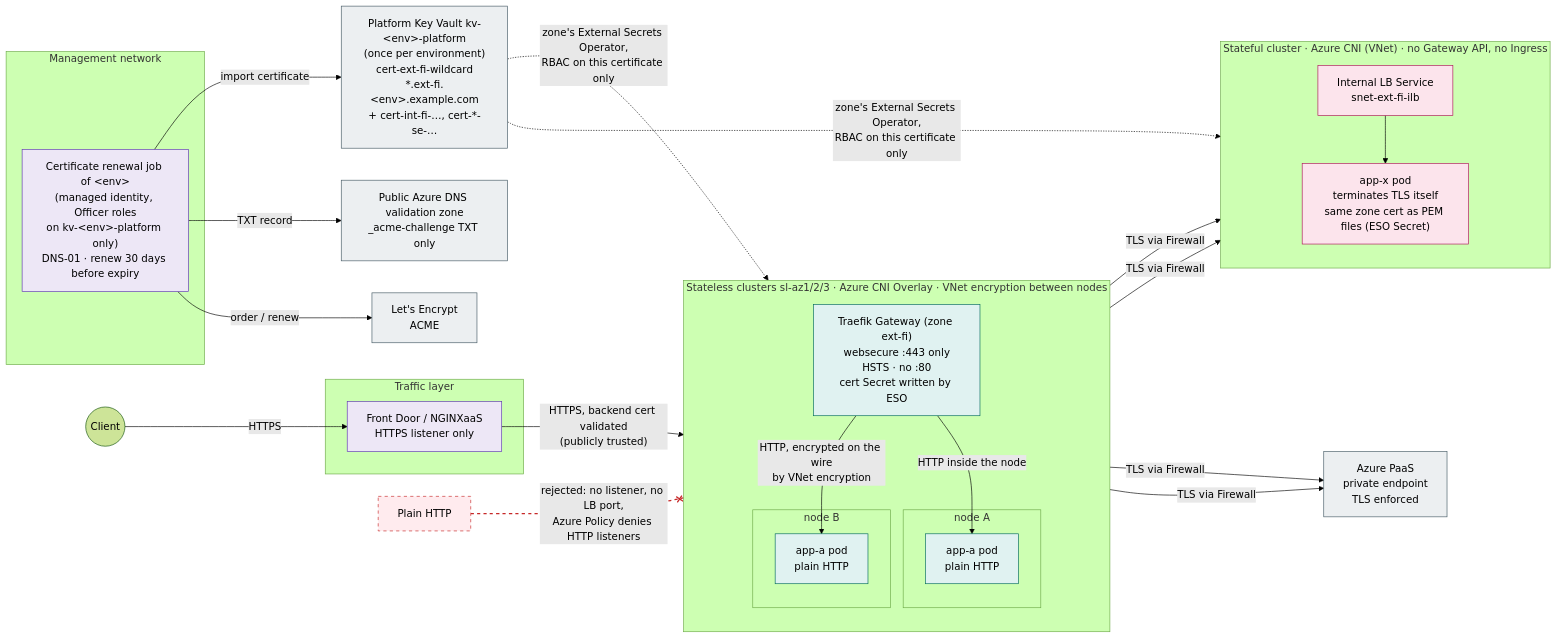
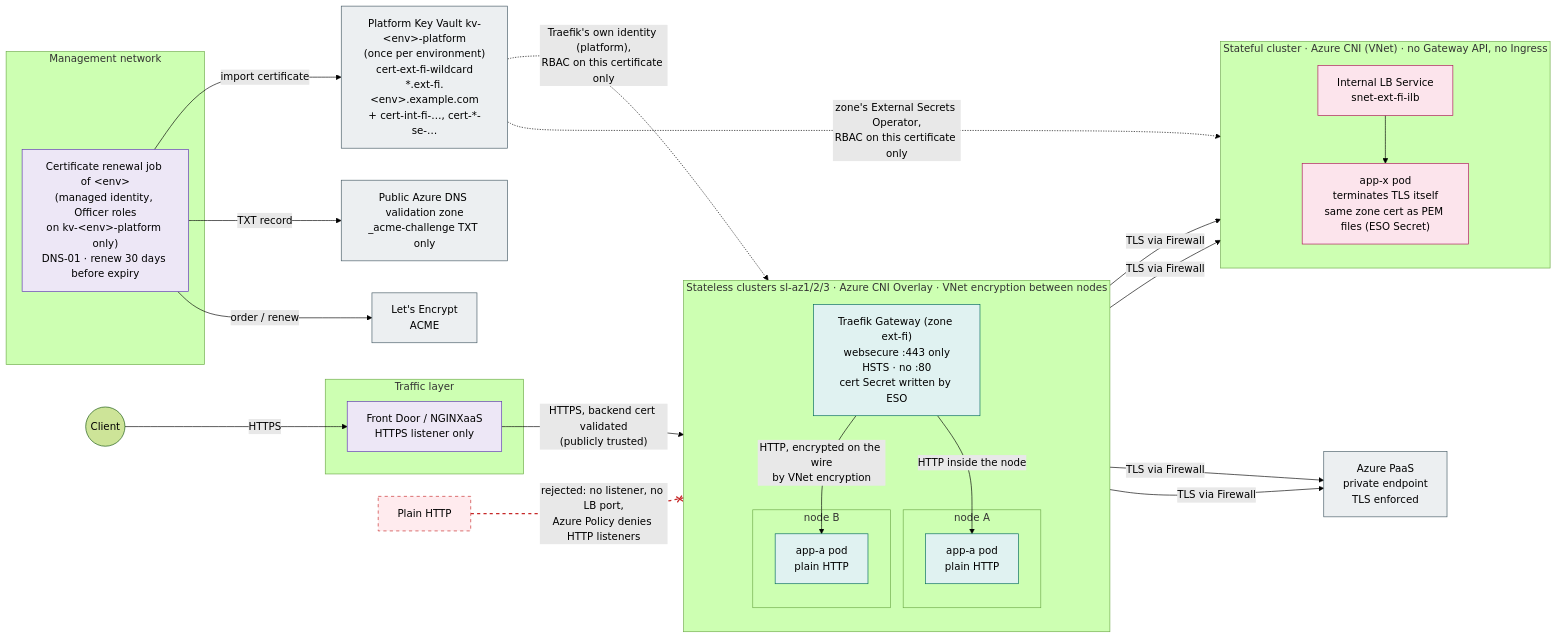
The diagram in diagrams/13-tls-encryption.mmd (olljanat-ai/aks-design), drawn with Mermaid (forest theme) before and after one commit. The commit also changed 11 other files, not shown here.

```diff
--- a/diagrams/13-tls-encryption.mmd
+++ b/diagrams/13-tls-encryption.mmd
@@ -1,63 +1,63 @@
 %% Encryption in transit. Stateless: TLS ends at the zone's Traefik gateway (Let's Encrypt certificate for an internal
 %% name), node-to-node traffic is protected by Azure VNet encryption, so apps need no TLS, mTLS or service mesh.
 %% Stateful: no Gateway API and no Ingress at all, the application terminates TLS on its own internal load balancer.
 %% Certificates are issued once per zone and environment by a job per environment into the environment's single platform
 %% Key Vault and shared by all clusters of that environment.
 flowchart LR
     client(("Client"))
 
     subgraph MGMT["Management network"]
         job["Certificate renewal job of &lt;env&gt;<br/>(managed identity, Officer roles<br/>on kv-&lt;env&gt;-platform only)<br/>DNS-01 · renew 30 days before expiry"]
     end
     le["Let's Encrypt<br/>ACME"]
     pubdns["Public Azure DNS validation zone<br/>_acme-challenge TXT only"]
     kv["Platform Key Vault kv-&lt;env&gt;-platform<br/>(once per environment)<br/>cert-ext-fi-wildcard<br/>*.ext-fi.&lt;env&gt;.example.com<br/>+ cert-int-fi-…, cert-*-se-…"]
 
     subgraph EDGE["Traffic layer"]
         agw["Front Door / NGINXaaS<br/>HTTPS listener only"]
     end
 
     subgraph SL["Stateless clusters sl-az1/2/3 · Azure CNI Overlay · VNet encryption between nodes"]
         direction TB
         tr["Traefik Gateway (zone ext-fi)<br/>websecure :443 only<br/>HSTS · no :80<br/>cert Secret written by ESO"]
         subgraph N1["node A"]
             app1["app-a pod<br/>plain HTTP"]
         end
         subgraph N2["node B"]
             app2["app-a pod<br/>plain HTTP"]
         end
     end
 
     subgraph SF["Stateful cluster · Azure CNI (VNet) · no Gateway API, no Ingress"]
         direction TB
         ilb["Internal LB Service<br/>snet-ext-fi-ilb"]
         db["app-x pod<br/>terminates TLS itself<br/>same zone cert as PEM files (ESO Secret)"]
     end
 
     paas["Azure PaaS<br/>private endpoint<br/>TLS enforced"]
     plain["Plain HTTP"]:::off
 
     client -->|"HTTPS"| agw
     agw -->|"HTTPS, backend cert validated<br/>(publicly trusted)"| tr
     tr -->|"HTTP inside the node"| app1
     tr -->|"HTTP, encrypted on the wire<br/>by VNet encryption"| app2
     app1 & app2 -->|"TLS via Firewall"| ilb --> db
     app1 & app2 -->|"TLS via Firewall"| paas
     job -->|"order / renew"| le
     job -->|"TXT record"| pubdns
     job -->|"import certificate"| kv
-    kv -.->|"zone's External Secrets Operator,<br/>RBAC on this certificate only"| tr
+    kv -.->|"Traefik's own identity (platform),<br/>RBAC on this certificate only"| tr
     kv -.->|"zone's External Secrets Operator,<br/>RBAC on this certificate only"| db
     plain -.-x|"rejected: no listener, no LB port,<br/>Azure Policy denies HTTP listeners"| tr
 
     linkStyle 14 stroke:#c62828,stroke-width:2px,stroke-dasharray:5 5
 
     classDef hub fill:#ede7f6,stroke:#5e35b1,color:#000
     classDef sl fill:#e0f2f1,stroke:#00695c,color:#000
     classDef sf fill:#fce4ec,stroke:#ad1457,color:#000
     classDef paas fill:#eceff1,stroke:#455a64,color:#000
     classDef off fill:#ffebee,stroke:#c62828,color:#000,stroke-dasharray: 5 5
     class agw,job hub
     class tr,app1,app2 sl
     class ilb,db sf
     class paas,le,pubdns,kv paas
```
